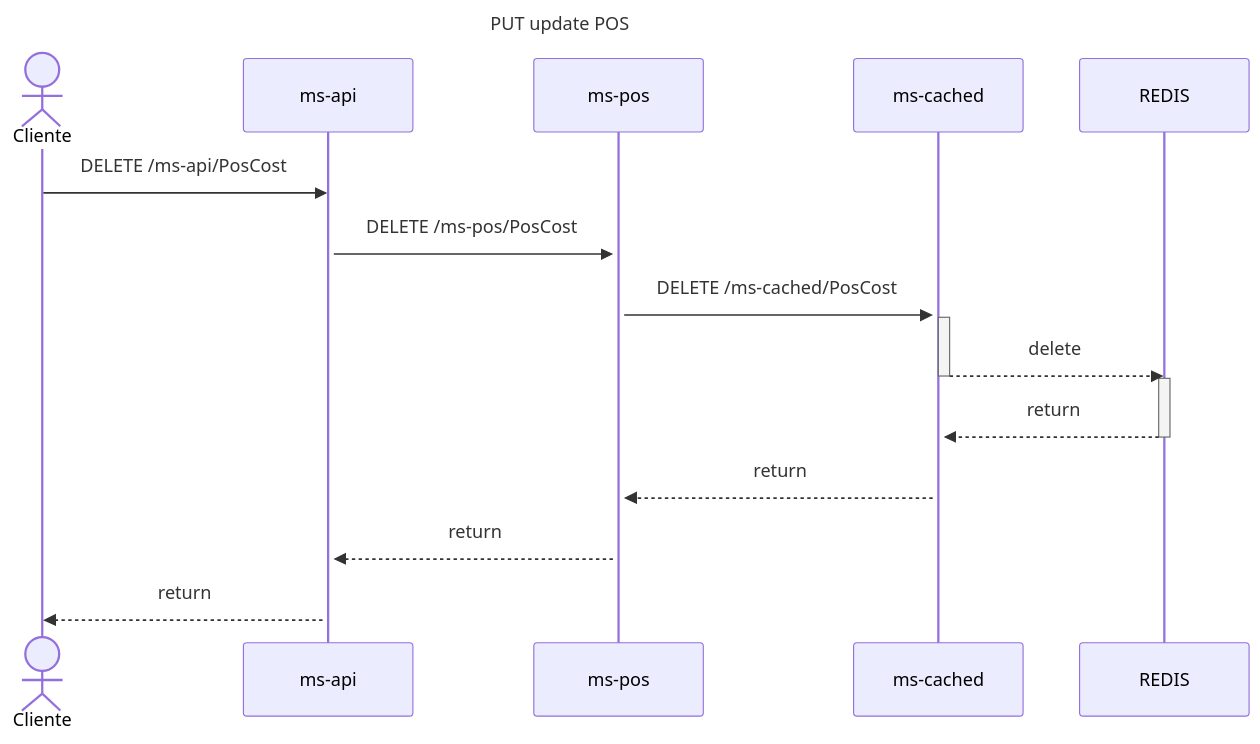
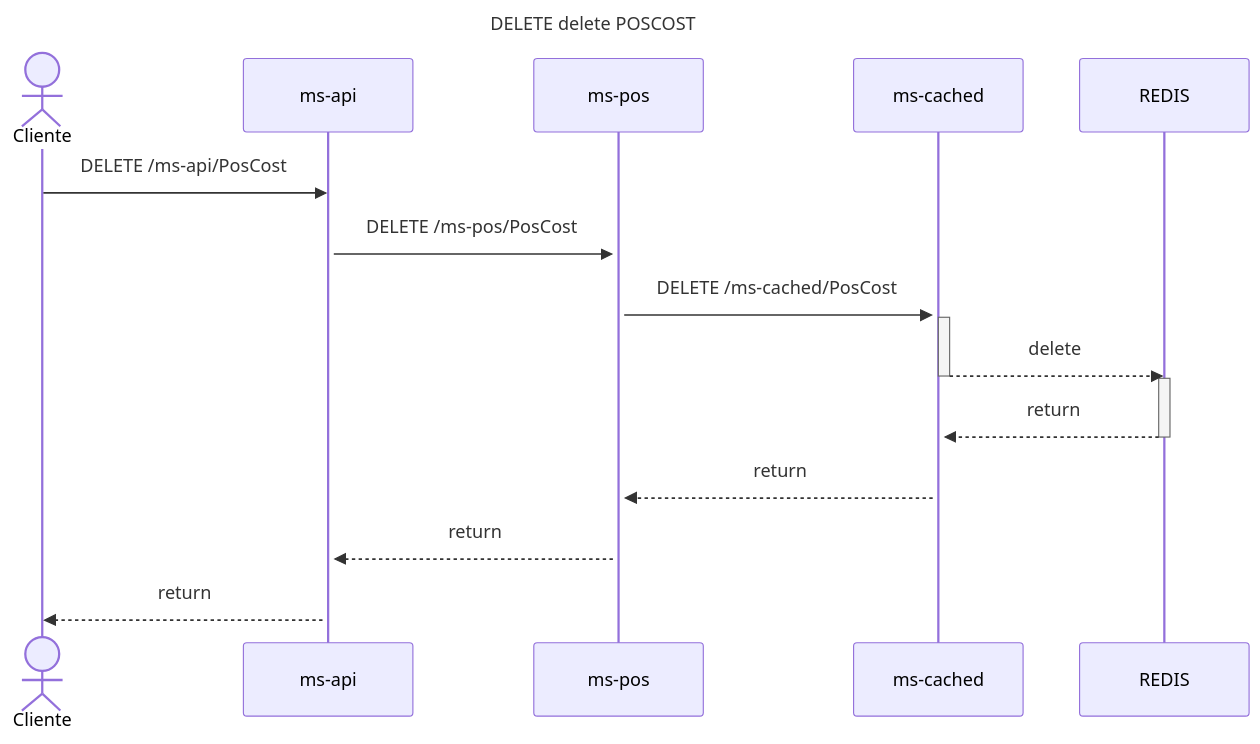
The seventh of 12 diagrams in README.md (sailenicolas/JavaChallenge), drawn with Mermaid before and after one commit. The commit also changed other lines of this file, not shown here.

Commit message:
Update sequence diagram titles in README.md

````diff
--- a/README.md
+++ b/README.md
@@ -290,24 +290,24 @@
 ```mermaid
 sequenceDiagram
-title PUT update POS
+title DELETE delete POSCOST
     actor Cliente
     participant api as ms-api
     participant pos as ms-pos
     participant cached as ms-cached
     participant datos as REDIS
     Cliente->>api: DELETE /ms-api/PosCost
     activate api
     activate pos
     api->>pos: DELETE /ms-pos/PosCost
     activate cached
     pos->>cached: DELETE /ms-cached/PosCost
     activate cached
     cached -->> datos: delete
     deactivate cached
     activate datos
     datos -->> cached: return
     deactivate datos
     cached -->> pos: return
     pos -->> api: return
     api -->> Cliente: return
 ```
````
